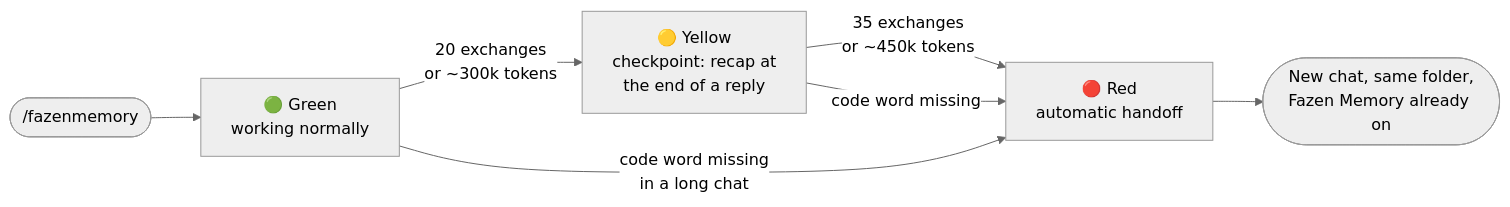
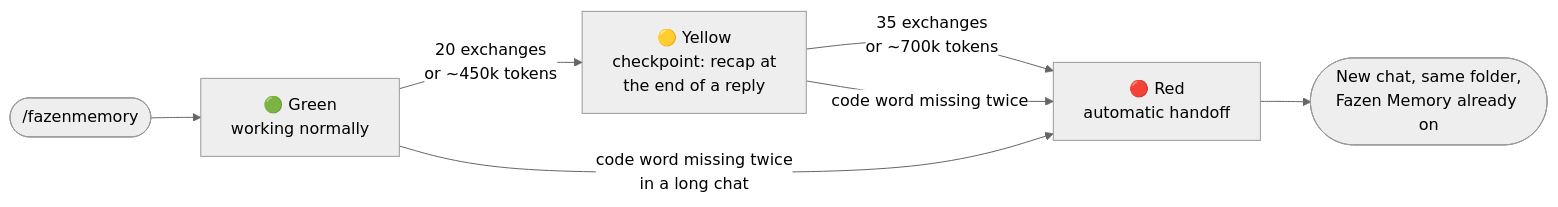
One commit to fazendev/fazen-memory changed the first of 3 diagrams in README.md. Above: the diagram before and after it, drawn with Mermaid (neutral theme). The commit also changed other lines of this file and 7 other files, not shown here.

First line of the commit message:
Soglie sui token della sola conversazione e code word: promemoria prima dell'handoff

````diff
--- a/README.md
+++ b/README.md
@@ -20,9 +20,9 @@
 ```mermaid
 flowchart LR
     A(["/fazenmemory"]) --> G
-    G["🟢 Green<br/>working normally"] -->|"20 exchanges<br/>or ~300k tokens"| Y
-    Y["🟡 Yellow<br/>checkpoint: recap at<br/>the end of a reply"] -->|"35 exchanges<br/>or ~450k tokens"| R
-    G -->|"code word missing<br/>in a long chat"| R
-    Y -->|"code word missing"| R
+    G["🟢 Green<br/>working normally"] -->|"20 exchanges<br/>or ~450k tokens"| Y
+    Y["🟡 Yellow<br/>checkpoint: recap at<br/>the end of a reply"] -->|"35 exchanges<br/>or ~700k tokens"| R
+    G -->|"code word missing twice<br/>in a long chat"| R
+    Y -->|"code word missing twice"| R
     R["🔴 Red<br/>automatic handoff"] --> N(["New chat, same folder,<br/>Fazen Memory already on"])
 ```
````
